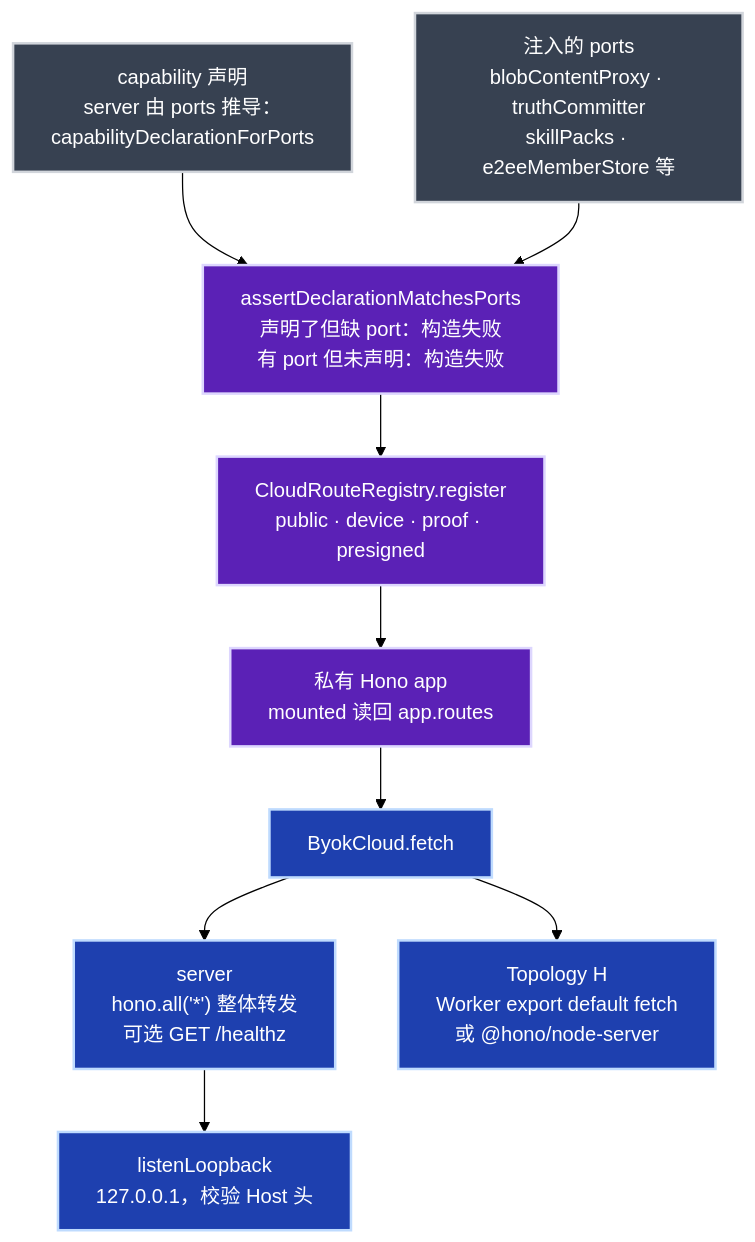
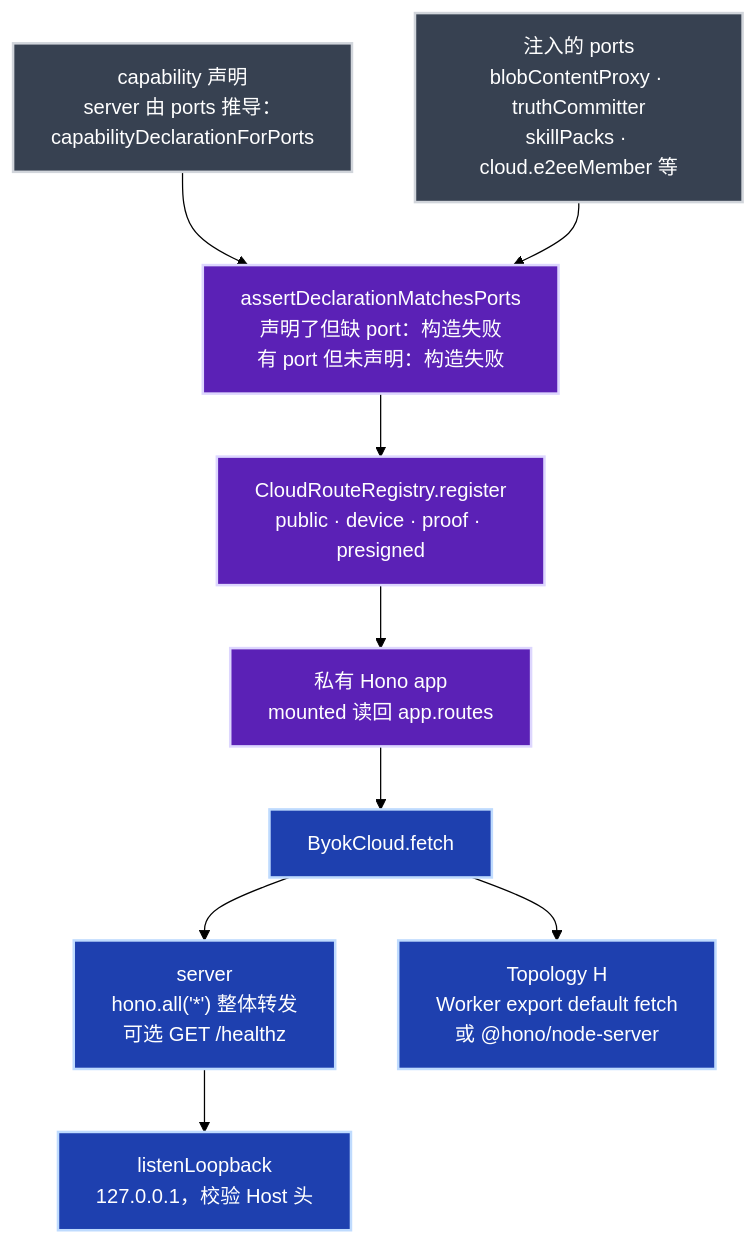
The fifth of 5 diagrams in docs/architecture/process-namespace-topology.md (Ancienttwo/byok-sdk), drawn with Mermaid (forest theme) before and after one commit. The commit also changed 35 other files, not shown here.

First line of the commit message:
feat(cloud): retire E2EE member state with the device

````diff
--- a/docs/architecture/process-namespace-topology.md
+++ b/docs/architecture/process-namespace-topology.md
@@ -253,22 +253,22 @@
 ```mermaid
 flowchart TB
   classDef in fill:#374151,stroke:#d1d5db,stroke-width:2px,color:#fff
   classDef kernel fill:#5b21b6,stroke:#ddd6fe,stroke-width:2px,color:#fff
   classDef out fill:#1e40af,stroke:#bfdbfe,stroke-width:2px,color:#fff
 
   Decl["capability 声明<br/>server 由 ports 推导：capabilityDeclarationForPorts"]:::in
-  Ports["注入的 ports<br/>blobContentProxy · truthCommitter<br/>skillPacks · e2eeMemberStore 等"]:::in
+  Ports["注入的 ports<br/>blobContentProxy · truthCommitter<br/>skillPacks · cloud.e2eeMember 等"]:::in
   Check["assertDeclarationMatchesPorts<br/>声明了但缺 port：构造失败<br/>有 port 但未声明：构造失败"]:::kernel
   Reg["CloudRouteRegistry.register<br/>public · device · proof · presigned"]:::kernel
   App["私有 Hono app<br/>mounted 读回 app.routes"]:::kernel
   Fetch["ByokCloud.fetch"]:::out
   MountL["server<br/>hono.all('*') 整体转发<br/>可选 GET /healthz"]:::out
   Loop["listenLoopback<br/>127.0.0.1，校验 Host 头"]:::out
   MountH["Topology H<br/>Worker export default fetch<br/>或 @hono/node-server"]:::out
 
   Decl --> Check
   Ports --> Check
   Check --> Reg --> App --> Fetch
   Fetch --> MountL --> Loop
   Fetch --> MountH
 ```
````
